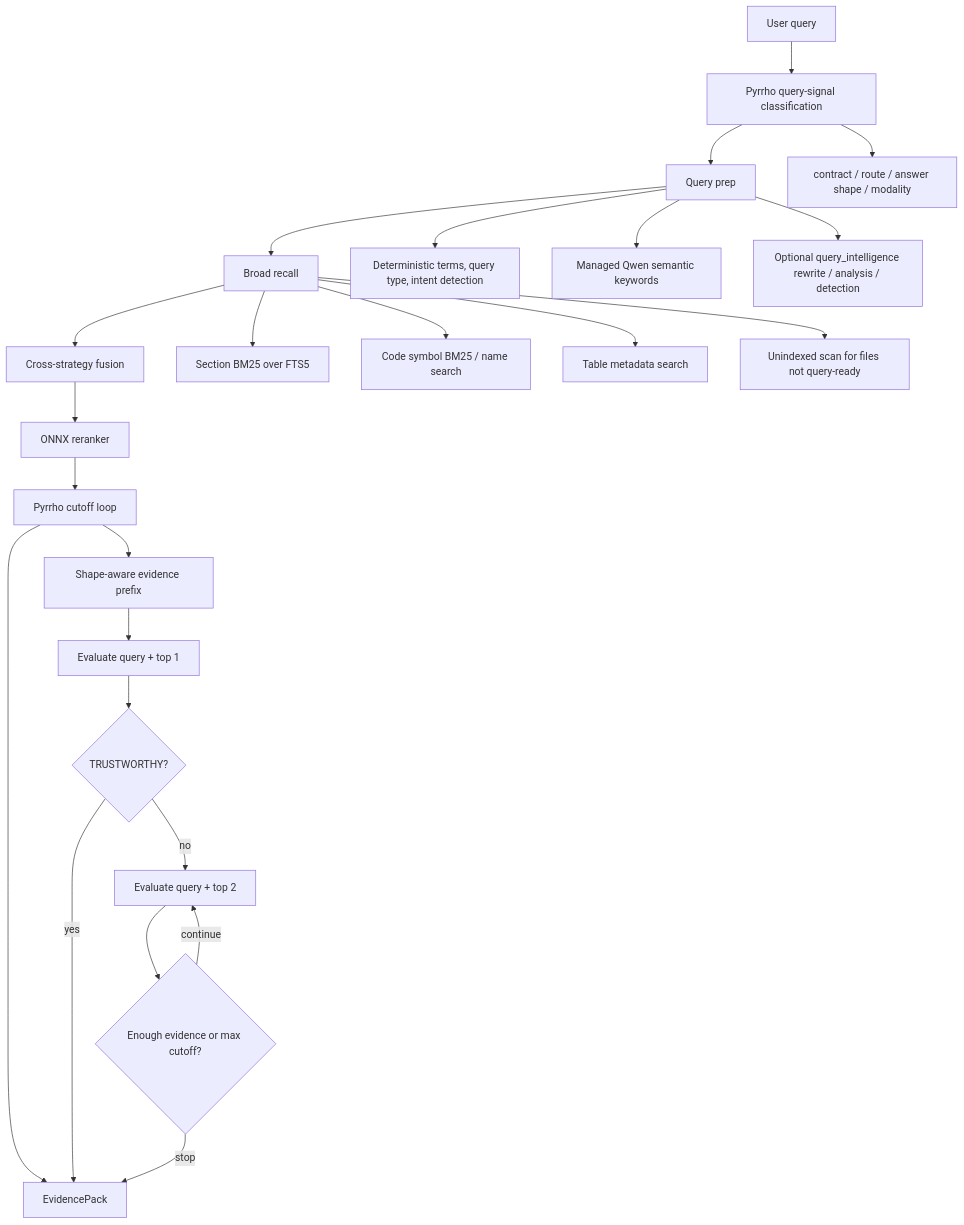
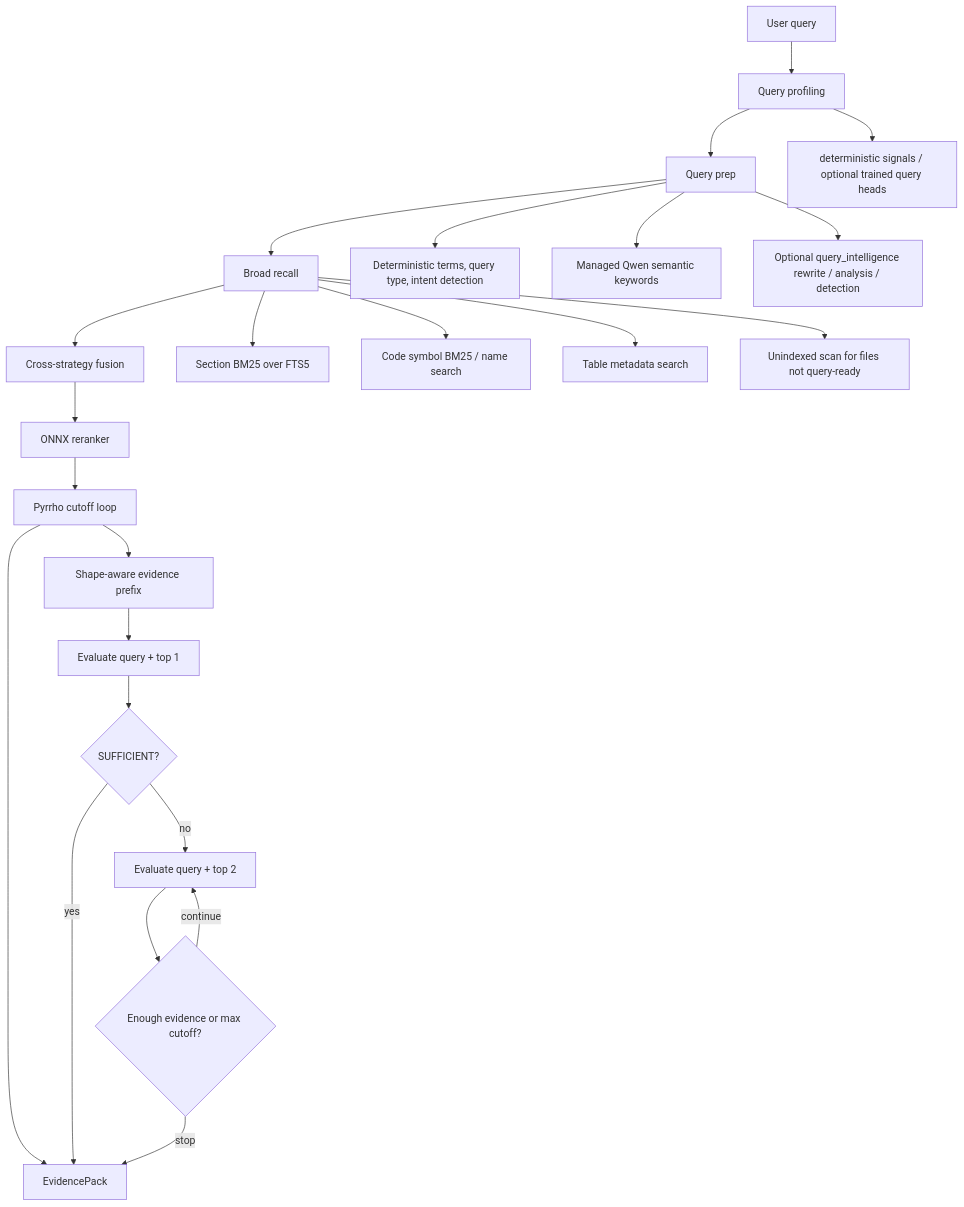
One commit to yafitzdev/fitz changed the second of 4 diagrams in docs/RETRIEVAL_PIPELINE.md. Above: the diagram before and after it, drawn with Mermaid. The commit also changed other lines of this file and 23 other files, not shown here.

````diff
--- a/docs/RETRIEVAL_PIPELINE.md
+++ b/docs/RETRIEVAL_PIPELINE.md
@@ -66,30 +66,30 @@
 ```mermaid
 flowchart TD
-    Q["User query"] --> C["Pyrrho query-signal classification"]
+    Q["User query"] --> C["Query profiling"]
     C --> P["Query prep"]
     P --> R["Broad recall"]
     R --> X["Cross-strategy fusion"]
     X --> K["ONNX reranker"]
     K --> G["Pyrrho cutoff loop"]
     G --> E["EvidencePack"]
 
-    C --> C1["contract / route / answer shape / modality"]
+    C --> C1["deterministic signals / optional trained query heads"]
 
     P --> P1["Deterministic terms, query type, intent detection"]
     P --> P2["Managed Qwen semantic keywords"]
     P --> P3["Optional query_intelligence rewrite / analysis / detection"]
 
     R --> R1["Section BM25 over FTS5"]
     R --> R2["Code symbol BM25 / name search"]
     R --> R3["Table metadata search"]
     R --> R4["Unindexed scan for files not query-ready"]
 
     G --> G1["Shape-aware evidence prefix"]
     G1 --> G2["Evaluate query + top 1"]
-    G2 --> G3{"TRUSTWORTHY?"}
+    G2 --> G3{"SUFFICIENT?"}
     G3 -->|"yes"| E
     G3 -->|"no"| G4["Evaluate query + top 2"]
     G4 --> G5{"Enough evidence or max cutoff?"}
     G5 -->|"continue"| G4
     G5 -->|"stop"| E
 ```
````
